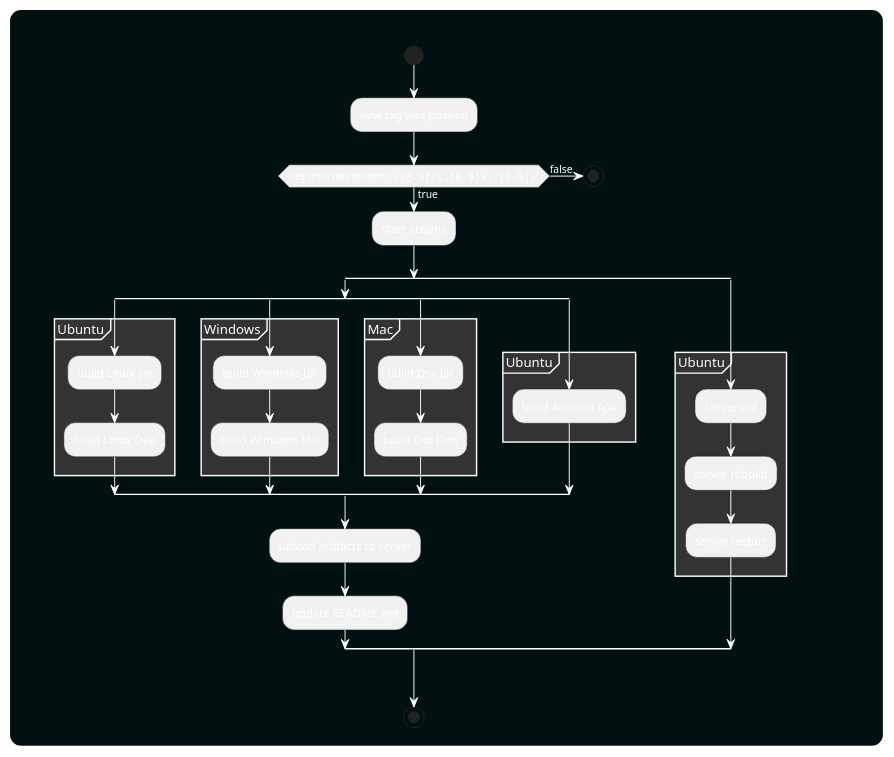
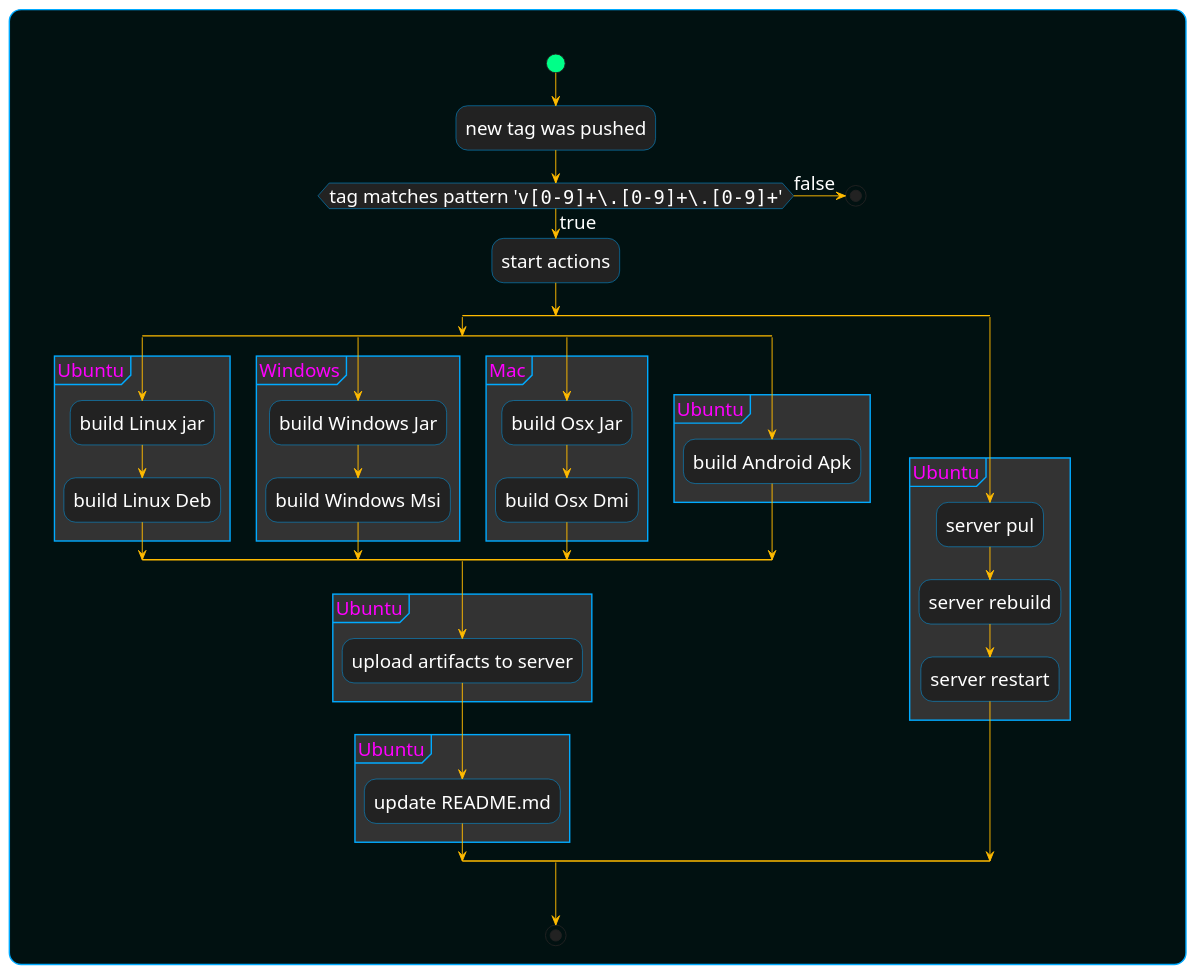
The diagram in doc/puml/Deployment.puml (SaschaZ/KotlinMpChatDemo), drawn with PlantUML before and after one commit. The commit also changed 8 other files, not shown here.

```diff
--- a/doc/puml/Deployment.puml
+++ b/doc/puml/Deployment.puml
@@ -1,54 +1,70 @@
 @startuml
 'https://plantuml.com/activity-diagram-beta
 
-skinparam arrowColor #fff
+skinparam arrowColor #FB0
 skinparam defaultFontColor #fff
+skinparam defaultFontSize 20
+skinparam defaultFontStyle bold
+skinparam activityBackgroundColor #222
+skinparam activityBorderColor #0af
+skinparam activityDiamondBackgroundColor #222
+skinparam activityStartColor #0f8
+skinparam activityDiamondBorderColor #0af
+skinparam activityEndColor #f00
 skinparam partitionBackgroundColor #333
-skinparam partitionBorderColor #fff
+skinparam partitionBorderColor #0af
 skinparam partitionBorderThickness 0.5
+skinparam partitionFontColor #f0f
 skinparam roundCorner<<roundCorner>> 25
 skinparam rectangleBackgroundColor #011111
+skinparam rectangleBorderColor #0af
 
 rectangle "" <<roundCorner>> {
     start
     :new tag was pushed;
     if (tag matches pattern '""v[0-9]+\.[0-9]+\.[0-9]+""') then (true)
         :start actions;
             split
                 split
                     partition Ubuntu {
                         :build Linux jar;
                         :build Linux Deb;
                     }
                 split again
                     partition Windows {
                         :build Windows Jar;
                         :build Windows Msi;
                     }
                 split again
                     partition Mac {
                         :build Osx Jar;
                         :build Osx Dmi;
                     }
                 split again
                     partition Ubuntu {
                         :build Android Apk;
                     }
             end split
-            :upload artifacts to server;
-            :update README.md;
+
+            partition Ubuntu {
+                :upload artifacts to server;
+            }
+            partition Ubuntu {
+                :update README.md;
+            }
+
             split again
                 partition Ubuntu {
                     :server pul;
                     :server rebuild;
                     :server restart;
                 }
         end split
     else (false)
         stop
     endif
 
 
     stop
 }
 @enduml
```
